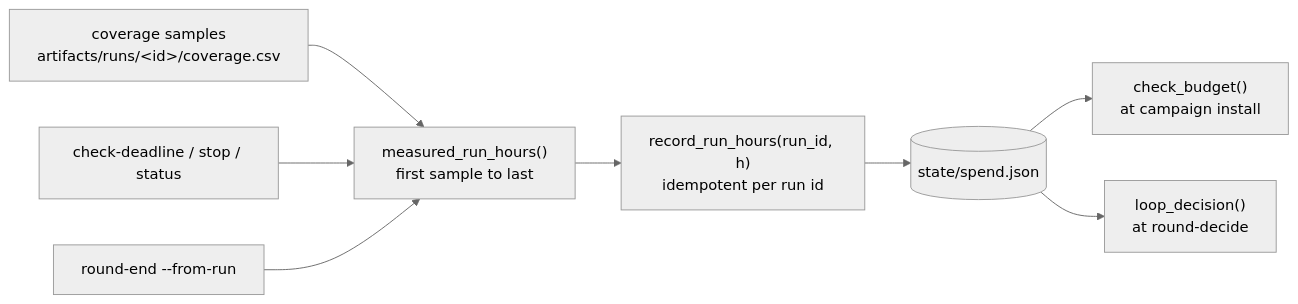
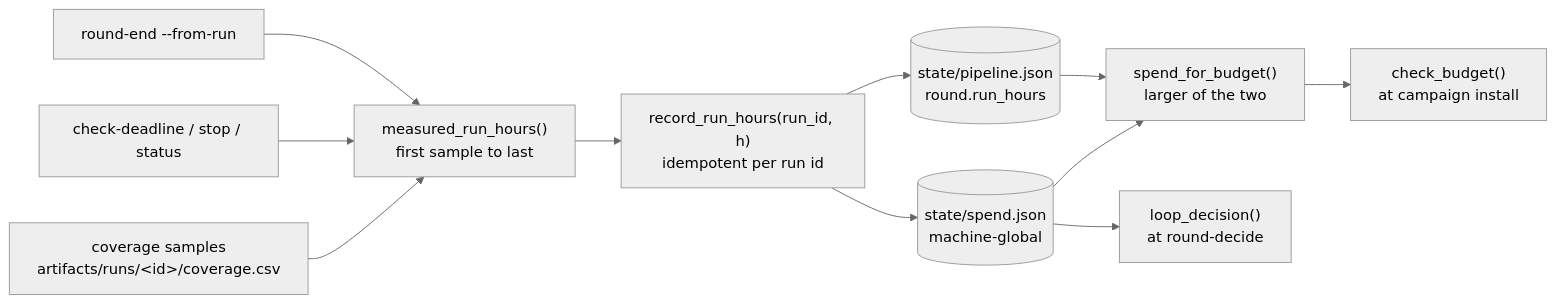
One commit to Indspl0it/gspwn changed the diagram in docs/src/content/docs/guides/budget-and-spend.md. Above: the diagram before and after it, drawn with Mermaid (neutral theme). The commit also changed other lines of this file and 129 other files, not shown here.

````diff
--- a/docs/src/content/docs/guides/budget-and-spend.md
+++ b/docs/src/content/docs/guides/budget-and-spend.md
@@ -74,10 +85,13 @@
 ```mermaid
 flowchart LR
   CS["coverage samples<br/>artifacts/runs/&lt;id&gt;/coverage.csv"] --> MH["measured_run_hours()<br/>first sample to last"]
   MH --> RC["record_run_hours(run_id, h)<br/>idempotent per run id"]
-  RC --> SJ[("state/spend.json")]
-  SJ --> CB["check_budget()<br/>at campaign install"]
+  RC --> SJ[("state/spend.json<br/>machine-global")]
+  RC --> PJ[("state/pipeline.json<br/>round.run_hours")]
+  SJ --> SB["spend_for_budget()<br/>larger of the two"]
+  PJ --> SB
+  SB --> CB["check_budget()<br/>at campaign install"]
   SJ --> LD["loop_decision()<br/>at round-decide"]
   DL["check-deadline / stop / status"] --> MH
   RE["round-end --from-run"] --> MH
 ```
````
